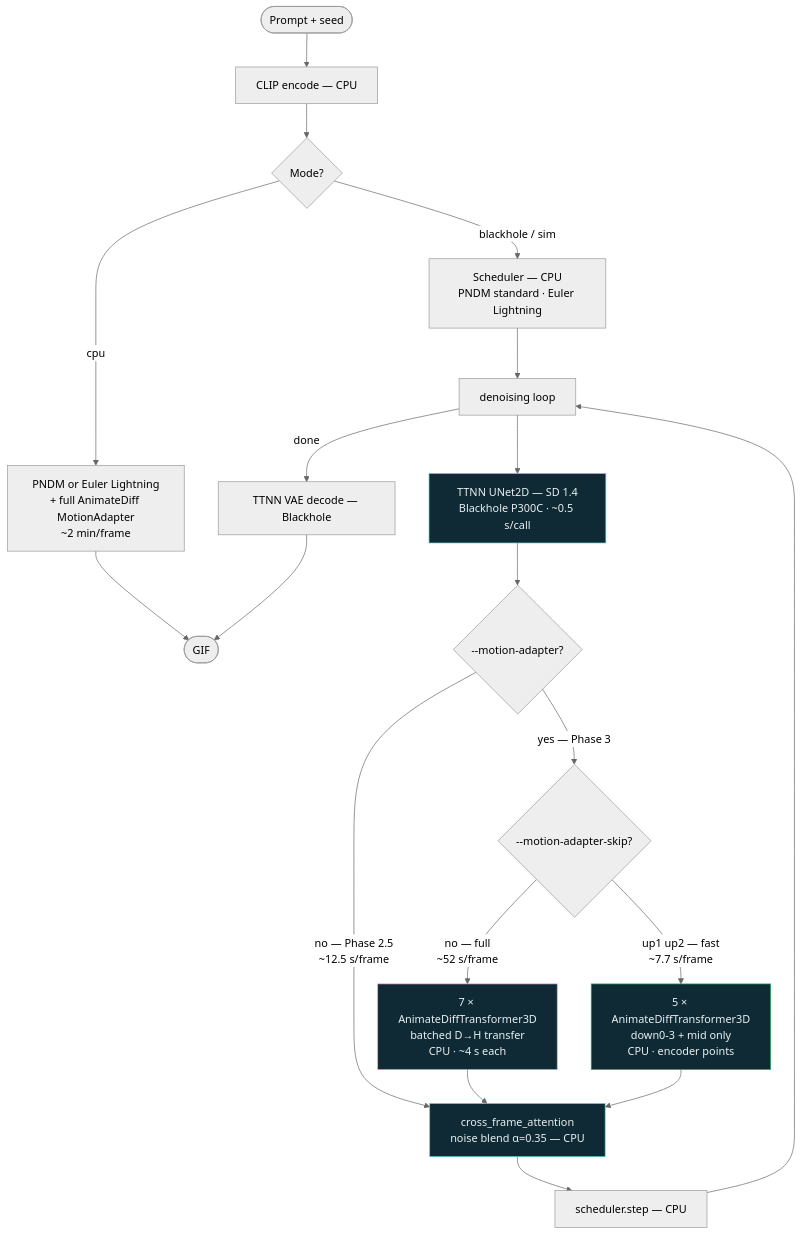
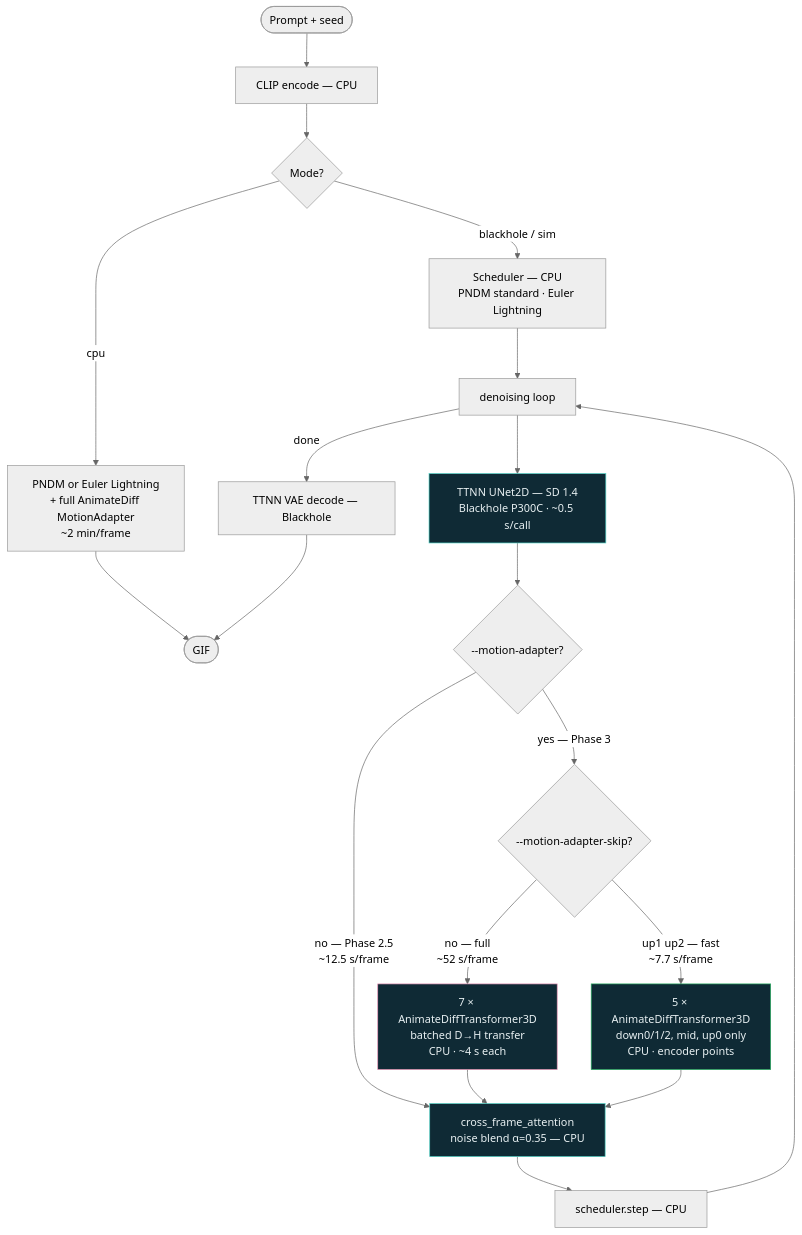
One commit to tenstorrent/tt-animatediff changed the first of 2 diagrams in README.md. Above: the diagram before and after it, drawn with Mermaid (neutral theme). The commit also changed other lines of this file and 4 other files, not shown here.

````diff
--- a/README.md
+++ b/README.md
@@ -356,31 +355,31 @@
 ```mermaid
 flowchart TD
     P([Prompt + seed]) --> ENC["CLIP encode — CPU"]
     ENC --> MODE{Mode?}
 
     MODE -->|cpu| CPU_SCHED["PNDM or Euler Lightning\n+ full AnimateDiff MotionAdapter\n~2 min/frame"]
     CPU_SCHED --> GIF([GIF])
 
     MODE -->|blackhole / sim| SCHED["Scheduler — CPU\nPNDM standard · Euler Lightning"]
     SCHED --> LOOP["denoising loop"]
     LOOP --> BH_UNET["TTNN UNet2D — SD 1.4\nBlackhole P300C · ~0.5 s/call"]
     BH_UNET --> PHASE{"--motion-adapter?"}
 
     PHASE -->|no — Phase 2.5\n~12.5 s/frame| CFA["cross_frame_attention\nnoise blend α=0.35 — CPU"]
     PHASE -->|yes — Phase 3| SKIP{"--motion-adapter-skip?"}
 
     SKIP -->|no — full\n~52 s/frame| MA_FULL["7 × AnimateDiffTransformer3D\nbatched D→H transfer\nCPU · ~4 s each"]
-    SKIP -->|up1 up2 — fast\n~7.7 s/frame| MA_SKIP["5 × AnimateDiffTransformer3D\ndown0-3 + mid only\nCPU · encoder points"]
+    SKIP -->|up1 up2 — fast\n~7.7 s/frame| MA_SKIP["5 × AnimateDiffTransformer3D\ndown0/1/2, mid, up0 only\nCPU · encoder points"]
 
     MA_FULL --> CFA
     MA_SKIP --> CFA
     CFA --> STEP["scheduler.step — CPU"]
     STEP --> LOOP
     LOOP -->|done| BH_VAE["TTNN VAE decode — Blackhole"]
     BH_VAE --> GIF
 
     style BH_UNET fill:#0f2a35,stroke:#4fd1c5,color:#e8f0f2
     style MA_FULL fill:#0f2a35,stroke:#ec96b8,color:#e8f0f2
     style MA_SKIP fill:#0f2a35,stroke:#27ae60,color:#e8f0f2
     style CFA fill:#0f2a35,stroke:#4fd1c5,color:#e8f0f2
 ```
````
